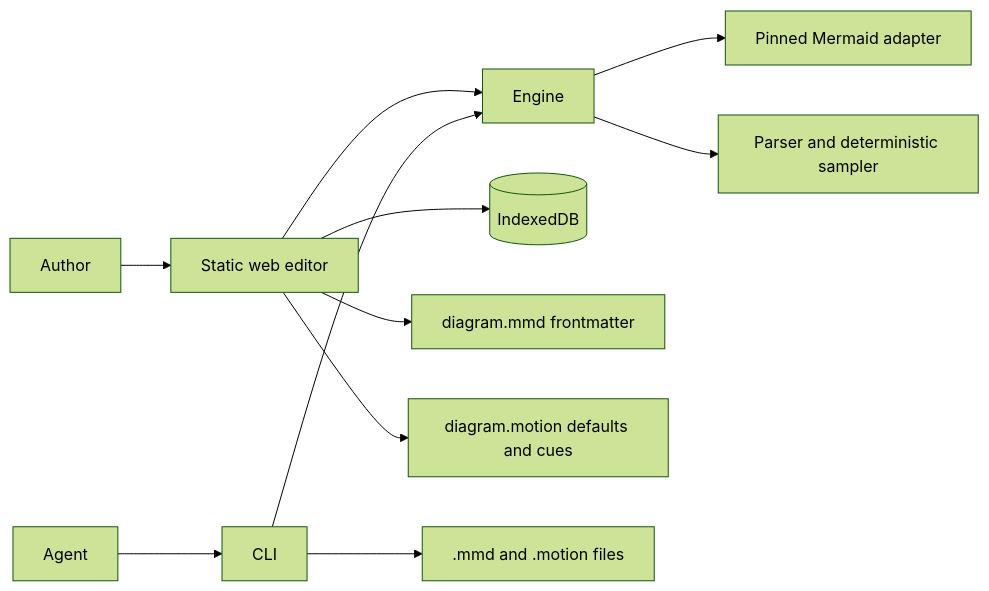
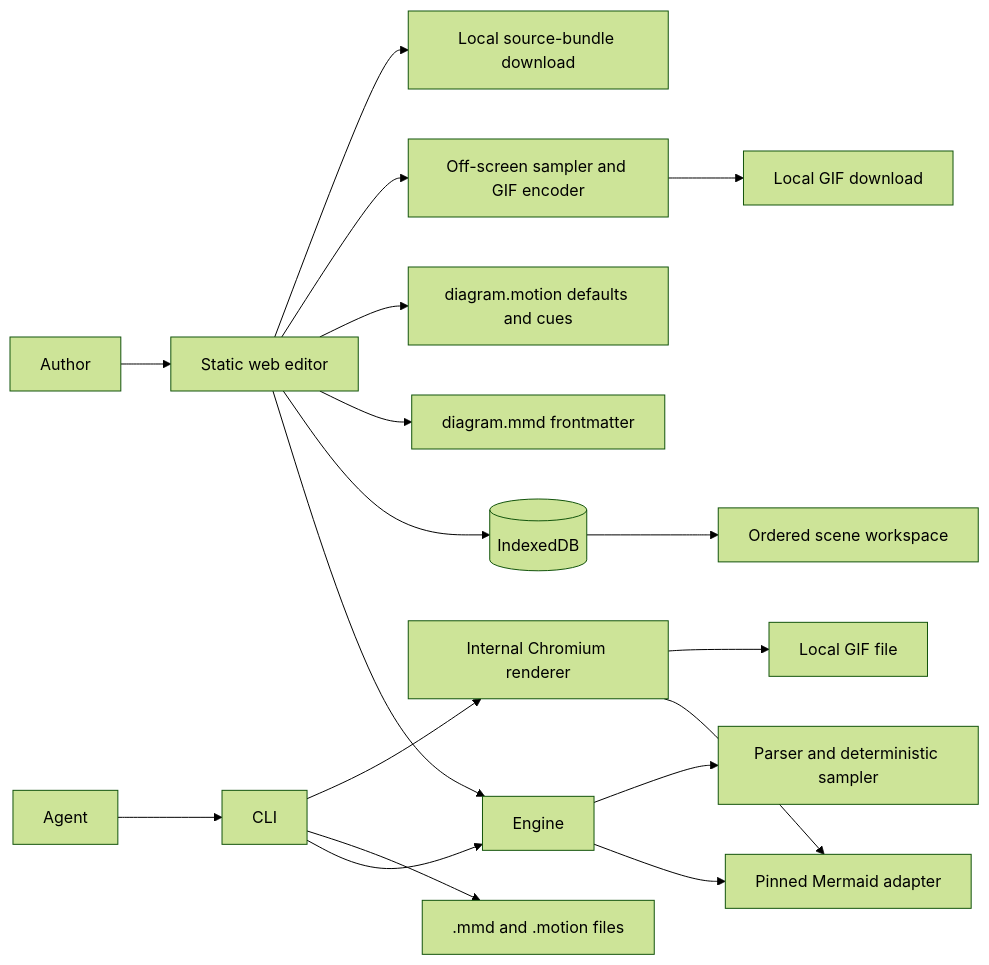
The diagram in docs/architecture/system.md (iamrajjoshi/mermotion), drawn with Mermaid (forest theme) before and after one commit. The commit also changed other lines of this file and 150 other files, not shown here.

````diff
--- a/docs/architecture/system.md
+++ b/docs/architecture/system.md
@@ -7,13 +7,20 @@
 ```mermaid
 flowchart LR
   Author[Author] --> Web[Static web editor]
   Agent[Agent] --> CLI[CLI]
   Web --> Engine[Engine]
   CLI --> Engine
   Engine --> Mermaid[Pinned Mermaid adapter]
   Engine --> Motion[Parser and deterministic sampler]
   Web --> BrowserStore[(IndexedDB)]
+  BrowserStore --> Scenes[Ordered scene workspace]
   Web --> MermaidSource[diagram.mmd frontmatter]
   Web --> MotionSource[diagram.motion defaults and cues]
+  Web --> BrowserGif[Off-screen sampler and GIF encoder]
+  BrowserGif --> LocalDownload[Local GIF download]
+  Web --> SourceBundle[Local source-bundle download]
   CLI --> Files[.mmd and .motion files]
+  CLI --> BrowserRender[Internal Chromium renderer]
+  BrowserRender --> Mermaid
+  BrowserRender --> CliGif[Local GIF file]
 ```
````
